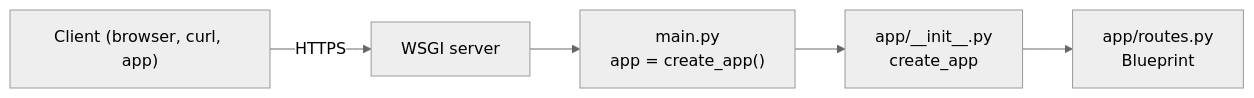
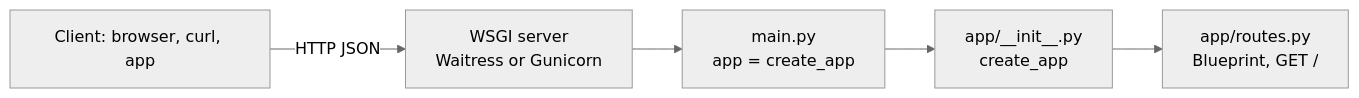
One commit to light-cloud-com/templates changed the diagram in starters/starter-flask/README.md. Above: the diagram before and after it, drawn with Mermaid (neutral theme). The commit also changed other lines of this file and 2 other files, not shown here.

````diff
--- a/starters/starter-flask/README.md
+++ b/starters/starter-flask/README.md
@@ -27,7 +100,7 @@
 ```mermaid
 flowchart LR
-    client["Client (browser, curl, app)"] -->|HTTPS| server["WSGI server"]
-    server --> main["main.py<br/>app = create_app()"]
+    client["Client: browser, curl, app"] -->|HTTP JSON| server["WSGI server<br/>Waitress or Gunicorn"]
+    server --> main["main.py<br/>app = create_app"]
     main --> factory["app/__init__.py<br/>create_app"]
-    factory --> routes["app/routes.py<br/>Blueprint"]
+    factory --> routes["app/routes.py<br/>Blueprint, GET /"]
 ```
````
